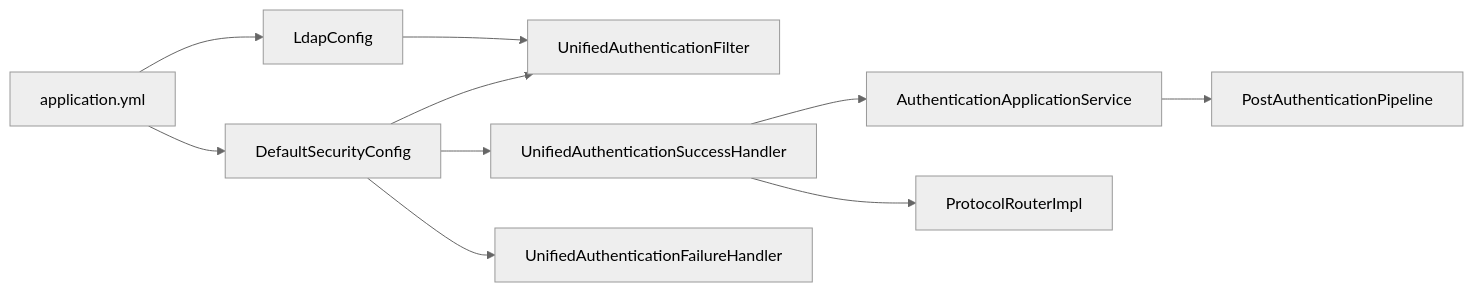
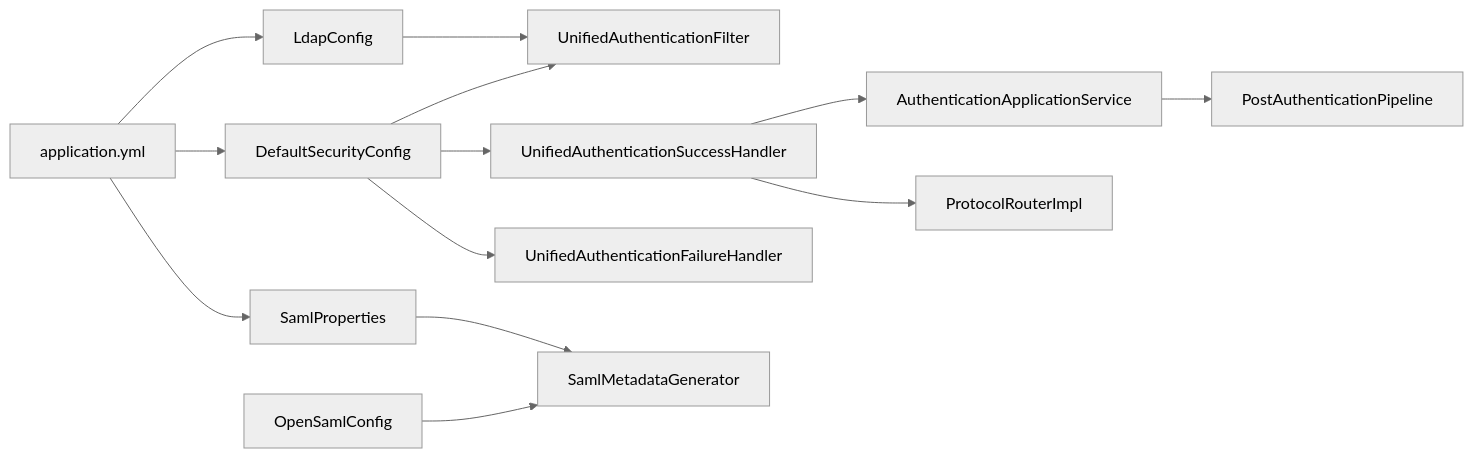
One commit to fq0121104930716/iam-platform changed the seventh of 7 diagrams in .qoder/repowiki/zh/content/核心模块/认证服务器 (iam-auth-server)/认证服务器 (iam-auth-server).md. Above: the diagram before and after it, drawn with Mermaid (neutral theme). The commit also changed other lines of this file and 6 other files, not shown here.

````diff
--- a/.qoder/repowiki/zh/content/核心模块/认证服务器 (iam-auth-server)/认证服务器 (iam-auth-server).md
+++ b/.qoder/repowiki/zh/content/核心模块/认证服务器 (iam-auth-server)/认证服务器 (iam-auth-server).md
@@ -293,12 +358,15 @@
 ```mermaid
 graph LR
 DEF["DefaultSecurityConfig"] --> FIL["UnifiedAuthenticationFilter"]
 DEF --> SUCC["UnifiedAuthenticationSuccessHandler"]
 DEF --> FAIL["UnifiedAuthenticationFailureHandler"]
 SUCC --> APP["AuthenticationApplicationService"]
 APP --> POST["PostAuthenticationPipeline"]
 SUCC --> ROUTE["ProtocolRouterImpl"]
 LDAP["LdapConfig"] --> FIL
+OPEN["OpenSamlConfig"] --> METADATA["SamlMetadataGenerator"]
+PROPS["SamlProperties"] --> METADATA
 CFG["application.yml"] --> DEF
 CFG --> LDAP
+CFG --> PROPS
 ```
````
